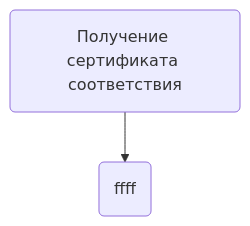
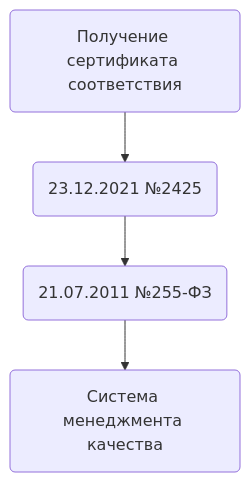
Before and after one commit to p3r3sada/Var-2Peresada: the diagram in №2Peresada.md, drawn with Mermaid.

````diff
--- a/№2Peresada.md
+++ b/№2Peresada.md
@@ -1,4 +1,4 @@
 ```mermaid
 flowchart TD;
-A(Получение сертификата соответствия) --> B(ffff)
+A(Получение сертификата соответствия) --> B(23.12.2021 №2425) --> C(21.07.2011 №255-ФЗ) --> D(Система менеджмента качества)
 ```
````
